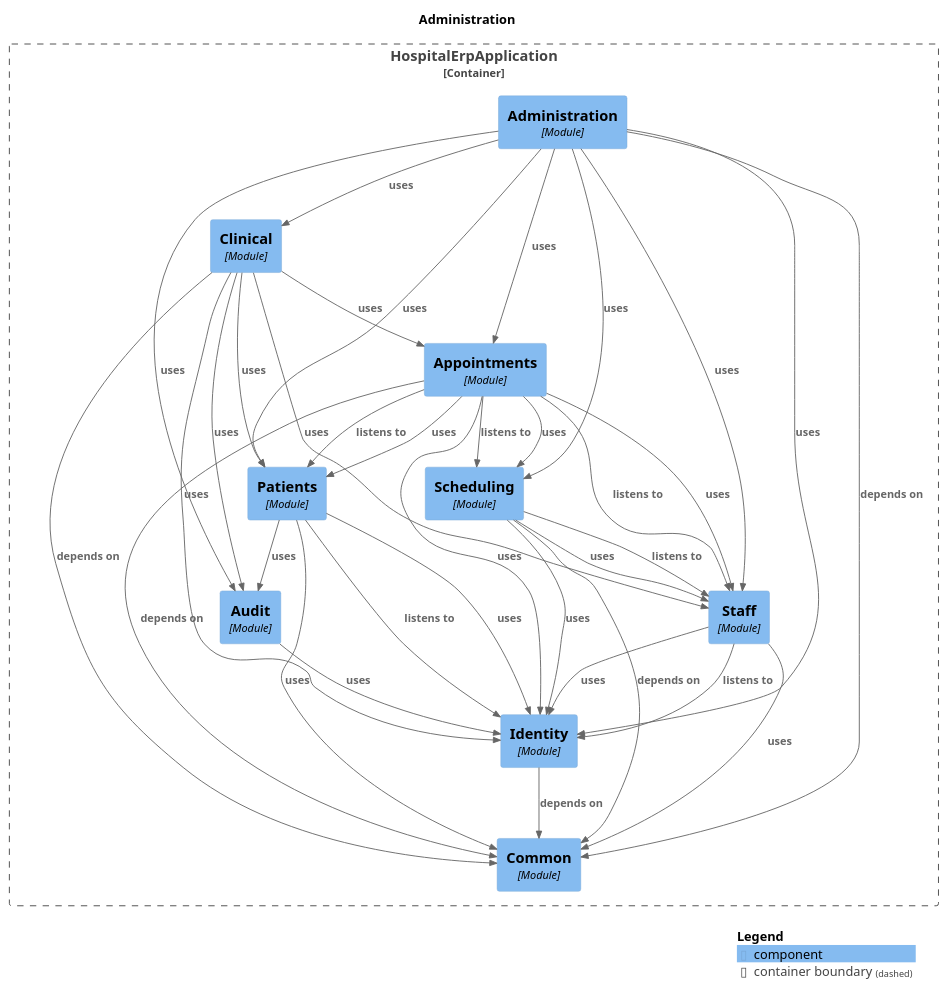
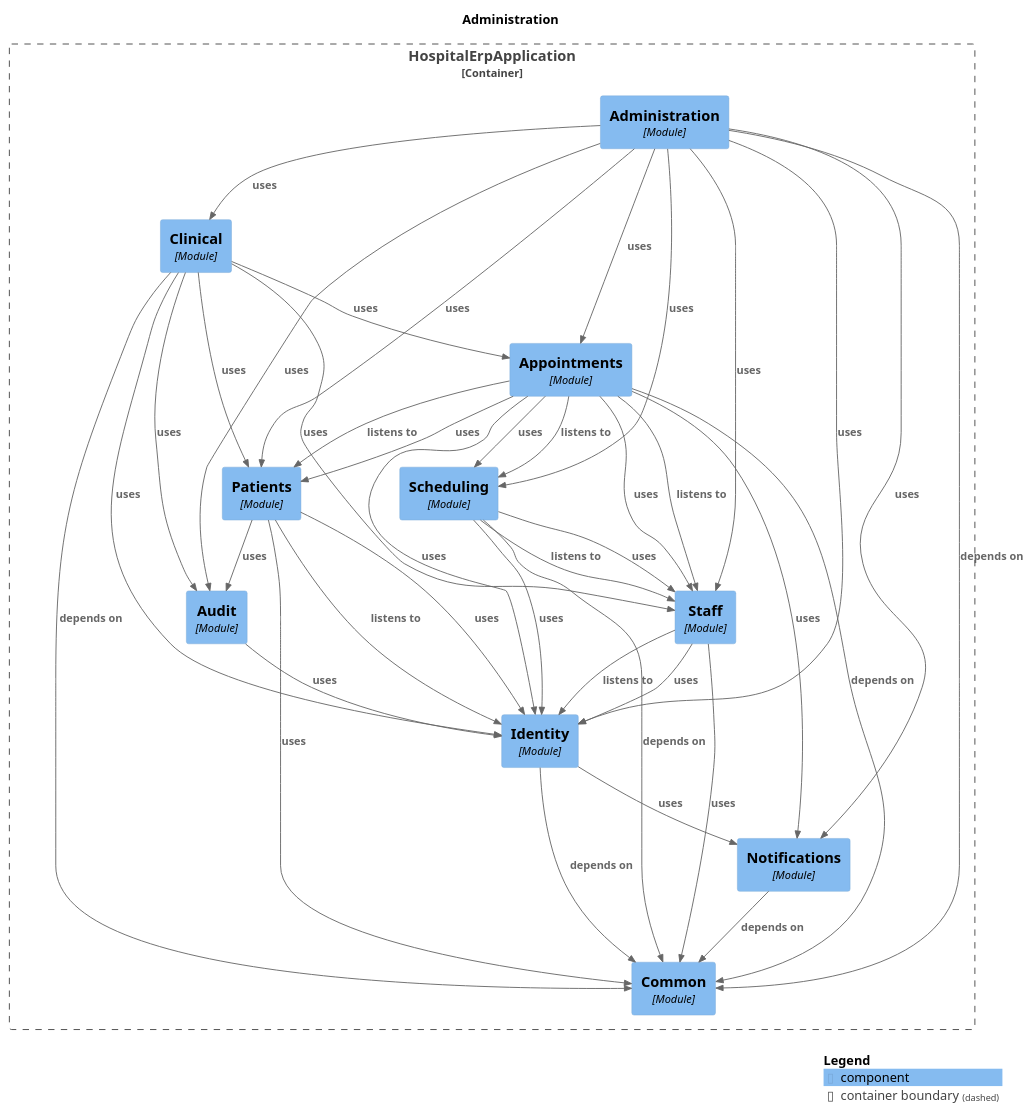
The diagram in docs/modules/module-administration.puml (harshsharma5720/HospitalERP), drawn with PlantUML before and after one commit. The commit also changed 41 other files, not shown here.

```diff
--- a/docs/modules/module-administration.puml
+++ b/docs/modules/module-administration.puml
@@ -1,60 +1,65 @@
 @startuml
 set separator none
 title Administration
 
 top to bottom direction
 
 !include <C4/C4>
 !include <C4/C4_Context>
 !include <C4/C4_Component>
 
 Container_Boundary("HospitalErpApplication.HospitalErpApplication_boundary", "HospitalErpApplication", $tags="") {
+  Component(HospitalErpApplication.HospitalErpApplication.Scheduling, "Scheduling", $techn="Module", $descr="", $tags="", $link="")
   Component(HospitalErpApplication.HospitalErpApplication.Appointments, "Appointments", $techn="Module", $descr="", $tags="", $link="")
   Component(HospitalErpApplication.HospitalErpApplication.Clinical, "Clinical", $techn="Module", $descr="", $tags="", $link="")
   Component(HospitalErpApplication.HospitalErpApplication.Administration, "Administration", $techn="Module", $descr="", $tags="", $link="")
   Component(HospitalErpApplication.HospitalErpApplication.Common, "Common", $techn="Module", $descr="", $tags="", $link="")
+  Component(HospitalErpApplication.HospitalErpApplication.Notifications, "Notifications", $techn="Module", $descr="", $tags="", $link="")
   Component(HospitalErpApplication.HospitalErpApplication.Identity, "Identity", $techn="Module", $descr="", $tags="", $link="")
   Component(HospitalErpApplication.HospitalErpApplication.Audit, "Audit", $techn="Module", $descr="", $tags="", $link="")
   Component(HospitalErpApplication.HospitalErpApplication.Staff, "Staff", $techn="Module", $descr="", $tags="", $link="")
   Component(HospitalErpApplication.HospitalErpApplication.Patients, "Patients", $techn="Module", $descr="", $tags="", $link="")
-  Component(HospitalErpApplication.HospitalErpApplication.Scheduling, "Scheduling", $techn="Module", $descr="", $tags="", $link="")
 }
 
+Rel(HospitalErpApplication.HospitalErpApplication.Patients, HospitalErpApplication.HospitalErpApplication.Identity, "listens to", $techn="", $tags="", $link="")
+Rel(HospitalErpApplication.HospitalErpApplication.Patients, HospitalErpApplication.HospitalErpApplication.Identity, "uses", $techn="", $tags="", $link="")
+Rel(HospitalErpApplication.HospitalErpApplication.Patients, HospitalErpApplication.HospitalErpApplication.Common, "uses", $techn="", $tags="", $link="")
+Rel(HospitalErpApplication.HospitalErpApplication.Patients, HospitalErpApplication.HospitalErpApplication.Audit, "uses", $techn="", $tags="", $link="")
+Rel(HospitalErpApplication.HospitalErpApplication.Appointments, HospitalErpApplication.HospitalErpApplication.Staff, "listens to", $techn="", $tags="", $link="")
+Rel(HospitalErpApplication.HospitalErpApplication.Appointments, HospitalErpApplication.HospitalErpApplication.Patients, "listens to", $techn="", $tags="", $link="")
+Rel(HospitalErpApplication.HospitalErpApplication.Appointments, HospitalErpApplication.HospitalErpApplication.Scheduling, "listens to", $techn="", $tags="", $link="")
+Rel(HospitalErpApplication.HospitalErpApplication.Appointments, HospitalErpApplication.HospitalErpApplication.Common, "depends on", $techn="", $tags="", $link="")
+Rel(HospitalErpApplication.HospitalErpApplication.Appointments, HospitalErpApplication.HospitalErpApplication.Patients, "uses", $techn="", $tags="", $link="")
+Rel(HospitalErpApplication.HospitalErpApplication.Appointments, HospitalErpApplication.HospitalErpApplication.Staff, "uses", $techn="", $tags="", $link="")
+Rel(HospitalErpApplication.HospitalErpApplication.Appointments, HospitalErpApplication.HospitalErpApplication.Scheduling, "uses", $techn="", $tags="", $link="")
+Rel(HospitalErpApplication.HospitalErpApplication.Appointments, HospitalErpApplication.HospitalErpApplication.Identity, "uses", $techn="", $tags="", $link="")
+Rel(HospitalErpApplication.HospitalErpApplication.Appointments, HospitalErpApplication.HospitalErpApplication.Notifications, "uses", $techn="", $tags="", $link="")
+Rel(HospitalErpApplication.HospitalErpApplication.Audit, HospitalErpApplication.HospitalErpApplication.Identity, "uses", $techn="", $tags="", $link="")
+Rel(HospitalErpApplication.HospitalErpApplication.Notifications, HospitalErpApplication.HospitalErpApplication.Common, "depends on", $techn="", $tags="", $link="")
+Rel(HospitalErpApplication.HospitalErpApplication.Identity, HospitalErpApplication.HospitalErpApplication.Common, "depends on", $techn="", $tags="", $link="")
+Rel(HospitalErpApplication.HospitalErpApplication.Identity, HospitalErpApplication.HospitalErpApplication.Notifications, "uses", $techn="", $tags="", $link="")
+Rel(HospitalErpApplication.HospitalErpApplication.Clinical, HospitalErpApplication.HospitalErpApplication.Common, "depends on", $techn="", $tags="", $link="")
+Rel(HospitalErpApplication.HospitalErpApplication.Clinical, HospitalErpApplication.HospitalErpApplication.Appointments, "uses", $techn="", $tags="", $link="")
+Rel(HospitalErpApplication.HospitalErpApplication.Clinical, HospitalErpApplication.HospitalErpApplication.Staff, "uses", $techn="", $tags="", $link="")
+Rel(HospitalErpApplication.HospitalErpApplication.Clinical, HospitalErpApplication.HospitalErpApplication.Patients, "uses", $techn="", $tags="", $link="")
+Rel(HospitalErpApplication.HospitalErpApplication.Clinical, HospitalErpApplication.HospitalErpApplication.Identity, "uses", $techn="", $tags="", $link="")
+Rel(HospitalErpApplication.HospitalErpApplication.Clinical, HospitalErpApplication.HospitalErpApplication.Audit, "uses", $techn="", $tags="", $link="")
 Rel(HospitalErpApplication.HospitalErpApplication.Administration, HospitalErpApplication.HospitalErpApplication.Common, "depends on", $techn="", $tags="", $link="")
 Rel(HospitalErpApplication.HospitalErpApplication.Administration, HospitalErpApplication.HospitalErpApplication.Identity, "uses", $techn="", $tags="", $link="")
 Rel(HospitalErpApplication.HospitalErpApplication.Administration, HospitalErpApplication.HospitalErpApplication.Patients, "uses", $techn="", $tags="", $link="")
 Rel(HospitalErpApplication.HospitalErpApplication.Administration, HospitalErpApplication.HospitalErpApplication.Staff, "uses", $techn="", $tags="", $link="")
 Rel(HospitalErpApplication.HospitalErpApplication.Administration, HospitalErpApplication.HospitalErpApplication.Audit, "uses", $techn="", $tags="", $link="")
 Rel(HospitalErpApplication.HospitalErpApplication.Administration, HospitalErpApplication.HospitalErpApplication.Appointments, "uses", $techn="", $tags="", $link="")
+Rel(HospitalErpApplication.HospitalErpApplication.Administration, HospitalErpApplication.HospitalErpApplication.Notifications, "uses", $techn="", $tags="", $link="")
 Rel(HospitalErpApplication.HospitalErpApplication.Administration, HospitalErpApplication.HospitalErpApplication.Clinical, "uses", $techn="", $tags="", $link="")
 Rel(HospitalErpApplication.HospitalErpApplication.Administration, HospitalErpApplication.HospitalErpApplication.Scheduling, "uses", $techn="", $tags="", $link="")
 Rel(HospitalErpApplication.HospitalErpApplication.Staff, HospitalErpApplication.HospitalErpApplication.Identity, "listens to", $techn="", $tags="", $link="")
 Rel(HospitalErpApplication.HospitalErpApplication.Staff, HospitalErpApplication.HospitalErpApplication.Identity, "uses", $techn="", $tags="", $link="")
 Rel(HospitalErpApplication.HospitalErpApplication.Staff, HospitalErpApplication.HospitalErpApplication.Common, "uses", $techn="", $tags="", $link="")
 Rel(HospitalErpApplication.HospitalErpApplication.Scheduling, HospitalErpApplication.HospitalErpApplication.Staff, "listens to", $techn="", $tags="", $link="")
 Rel(HospitalErpApplication.HospitalErpApplication.Scheduling, HospitalErpApplication.HospitalErpApplication.Common, "depends on", $techn="", $tags="", $link="")
 Rel(HospitalErpApplication.HospitalErpApplication.Scheduling, HospitalErpApplication.HospitalErpApplication.Staff, "uses", $techn="", $tags="", $link="")
 Rel(HospitalErpApplication.HospitalErpApplication.Scheduling, HospitalErpApplication.HospitalErpApplication.Identity, "uses", $techn="", $tags="", $link="")
-Rel(HospitalErpApplication.HospitalErpApplication.Identity, HospitalErpApplication.HospitalErpApplication.Common, "depends on", $techn="", $tags="", $link="")
-Rel(HospitalErpApplication.HospitalErpApplication.Audit, HospitalErpApplication.HospitalErpApplication.Identity, "uses", $techn="", $tags="", $link="")
-Rel(HospitalErpApplication.HospitalErpApplication.Appointments, HospitalErpApplication.HospitalErpApplication.Staff, "listens to", $techn="", $tags="", $link="")
-Rel(HospitalErpApplication.HospitalErpApplication.Appointments, HospitalErpApplication.HospitalErpApplication.Patients, "listens to", $techn="", $tags="", $link="")
-Rel(HospitalErpApplication.HospitalErpApplication.Appointments, HospitalErpApplication.HospitalErpApplication.Scheduling, "listens to", $techn="", $tags="", $link="")
-Rel(HospitalErpApplication.HospitalErpApplication.Appointments, HospitalErpApplication.HospitalErpApplication.Common, "depends on", $techn="", $tags="", $link="")
-Rel(HospitalErpApplication.HospitalErpApplication.Appointments, HospitalErpApplication.HospitalErpApplication.Patients, "uses", $techn="", $tags="", $link="")
-Rel(HospitalErpApplication.HospitalErpApplication.Appointments, HospitalErpApplication.HospitalErpApplication.Staff, "uses", $techn="", $tags="", $link="")
-Rel(HospitalErpApplication.HospitalErpApplication.Appointments, HospitalErpApplication.HospitalErpApplication.Scheduling, "uses", $techn="", $tags="", $link="")
-Rel(HospitalErpApplication.HospitalErpApplication.Appointments, HospitalErpApplication.HospitalErpApplication.Identity, "uses", $techn="", $tags="", $link="")
-Rel(HospitalErpApplication.HospitalErpApplication.Clinical, HospitalErpApplication.HospitalErpApplication.Common, "depends on", $techn="", $tags="", $link="")
-Rel(HospitalErpApplication.HospitalErpApplication.Clinical, HospitalErpApplication.HospitalErpApplication.Appointments, "uses", $techn="", $tags="", $link="")
-Rel(HospitalErpApplication.HospitalErpApplication.Clinical, HospitalErpApplication.HospitalErpApplication.Staff, "uses", $techn="", $tags="", $link="")
-Rel(HospitalErpApplication.HospitalErpApplication.Clinical, HospitalErpApplication.HospitalErpApplication.Patients, "uses", $techn="", $tags="", $link="")
-Rel(HospitalErpApplication.HospitalErpApplication.Clinical, HospitalErpApplication.HospitalErpApplication.Identity, "uses", $techn="", $tags="", $link="")
-Rel(HospitalErpApplication.HospitalErpApplication.Clinical, HospitalErpApplication.HospitalErpApplication.Audit, "uses", $techn="", $tags="", $link="")
-Rel(HospitalErpApplication.HospitalErpApplication.Patients, HospitalErpApplication.HospitalErpApplication.Identity, "listens to", $techn="", $tags="", $link="")
-Rel(HospitalErpApplication.HospitalErpApplication.Patients, HospitalErpApplication.HospitalErpApplication.Identity, "uses", $techn="", $tags="", $link="")
-Rel(HospitalErpApplication.HospitalErpApplication.Patients, HospitalErpApplication.HospitalErpApplication.Common, "uses", $techn="", $tags="", $link="")
-Rel(HospitalErpApplication.HospitalErpApplication.Patients, HospitalErpApplication.HospitalErpApplication.Audit, "uses", $techn="", $tags="", $link="")
 
 SHOW_LEGEND(true)
 @enduml
```
